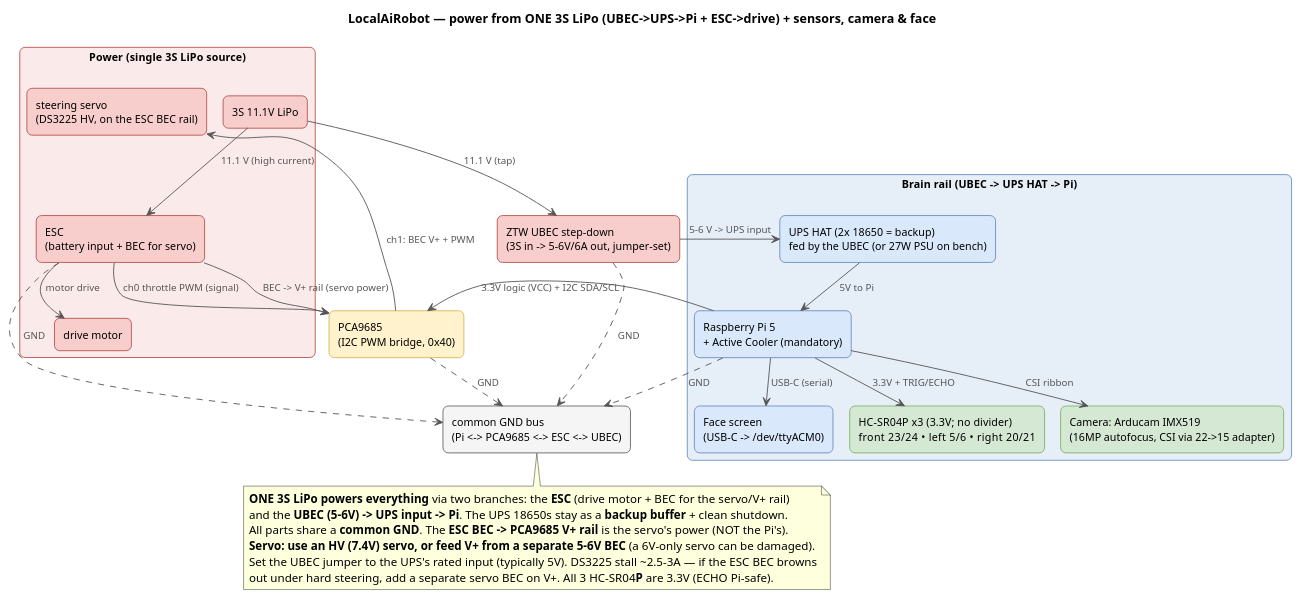
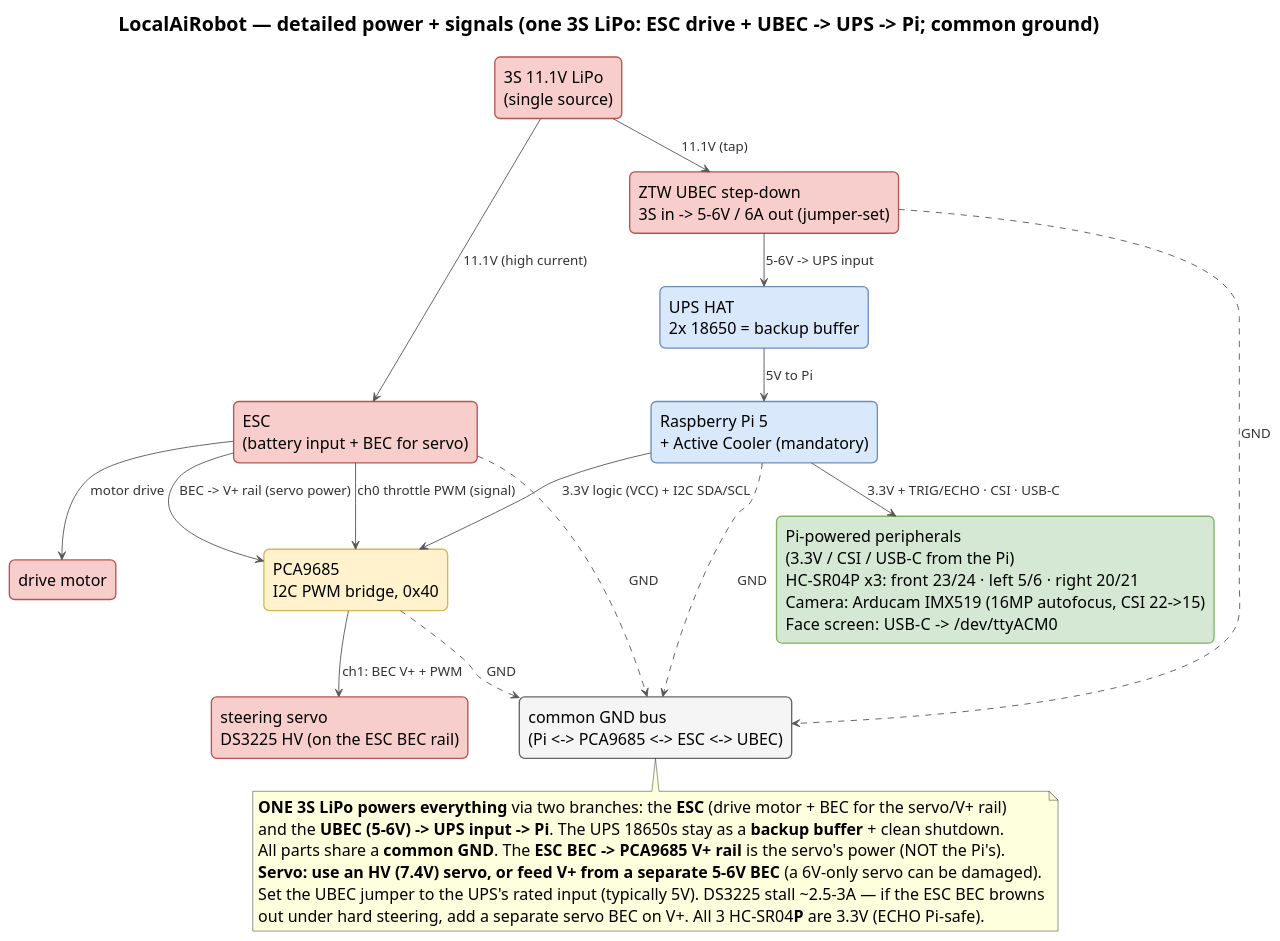
The diagram in docs/images/power-domains.puml (shen747/LocalAiRobot), drawn with PlantUML before and after one commit. The commit also changed 8 other files, not shown here.

Commit message:
update diagrams and fix explore json parser fix

```diff
--- a/docs/images/power-domains.puml
+++ b/docs/images/power-domains.puml
@@ -1,85 +1,71 @@
 @startuml power-domains
-' LocalAiRobot — DETAILED power + signal wiring (camera, face & 3-sensor array).
+' LocalAiRobot — DETAILED power + signal wiring, TOP-TO-BOTTOM (one 3S LiPo -> ESC + UBEC/UPS to the Pi).
 ' This source lives next to its render. Regenerate in place (writes power-domains.png here):
 '   plantuml -tpng docs/images/power-domains.puml
-' No Graphviz needed: !pragma layout smetana uses PlantUML's pure-Java layout engine.
-' ONE 3S LiPo now feeds everything: an ESC branch (drive + servo BEC) and a UBEC->UPS branch for the Pi.
+' No Graphviz needed: !pragma layout smetana. Vertical + larger fonts; Pi peripherals collapsed into one box.
 !pragma layout smetana
+top to bottom direction
 hide stereotype
-title LocalAiRobot — power from ONE 3S LiPo (UBEC->UPS->Pi + ESC->drive) + sensors, camera & face
+title LocalAiRobot — detailed power + signals (one 3S LiPo: ESC drive + UBEC -> UPS -> Pi; common ground)
 
 skinparam backgroundColor white
 skinparam shadowing false
 skinparam defaultFontName Helvetica
+skinparam defaultFontSize 18
+skinparam TitleFontSize 22
 skinparam ArrowColor #555555
-skinparam ArrowFontColor #555555
-skinparam ArrowFontSize 11
+skinparam ArrowFontColor #333333
+skinparam ArrowFontSize 15
 skinparam rectangle {
   RoundCorner 12
-  FontSize 12
-  BorderThickness 1
+  FontSize 18
+  BorderThickness 1.5
   BackgroundColor<<io>> #DAE8FC
   BorderColor<<io>> #6C8EBF
   BackgroundColor<<model>> #FFF2CC
   BorderColor<<model>> #D6B656
   BackgroundColor<<data>> #D5E8D4
   BorderColor<<data>> #82B366
   BackgroundColor<<motor>> #F8CECC
   BorderColor<<motor>> #B85450
   BackgroundColor<<store>> #F5F5F5
   BorderColor<<store>> #666666
-  BackgroundColor<<motordomain>> #FBEAEA
-  BorderColor<<motordomain>> #B85450
-  BackgroundColor<<braindomain>> #E6EEF8
-  BorderColor<<braindomain>> #6C8EBF
 }
 
-' ---- brain rail: Pi power + everything the Pi drives directly ----
-rectangle "Brain rail  (UBEC -> UPS HAT -> Pi)" as brainbox <<braindomain>> {
-  rectangle "UPS HAT (2x 18650 = backup)\nfed by the UBEC (or 27W PSU on bench)" as ups <<io>>
-  rectangle "Raspberry Pi 5\n+ Active Cooler (mandatory)" as pi <<io>>
-  rectangle "HC-SR04P x3  (3.3V; no divider)\nfront 23/24  •  left 5/6  •  right 20/21" as sonar <<data>>
-  rectangle "Camera: Arducam IMX519\n(16MP autofocus, CSI via 22->15 adapter)" as cam <<data>>
-  rectangle "Face screen\n(USB-C -> /dev/ttyACM0)" as face <<io>>
-}
-ups --> pi : 5V to Pi
-pi --> sonar : 3.3V + TRIG/ECHO
-pi --> cam : CSI ribbon
-pi --> face : USB-C (serial)
-
-' ---- ONE 3S LiPo source: a high-current ESC branch AND a UBEC step-down branch feeding the Pi ----
-rectangle "Power  (single 3S LiPo source)" as motorbox <<motordomain>> {
-  rectangle "3S 11.1V LiPo" as lipo <<motor>>
-  rectangle "ESC\n(battery input + BEC for servo)" as esc <<motor>>
-  rectangle "drive motor" as dmotor <<motor>>
-  rectangle "steering servo\n(DS3225 HV, on the ESC BEC rail)" as servo <<motor>>
-}
-rectangle "ZTW UBEC step-down\n(3S in -> 5-6V/6A out, jumper-set)" as ubec <<motor>>
-lipo --> esc  : 11.1 V (high current)
-lipo --> ubec : 11.1 V (tap)
-ubec --> ups  : 5-6 V -> UPS input
-esc --> dmotor : motor drive
-
-' ---- 3.3V logic/PWM signals + the servo's BEC rail + common GND ----
-rectangle "PCA9685\n(I2C PWM bridge, 0x40)" as pca <<model>>
+rectangle "3S 11.1V LiPo\n(single source)" as lipo <<motor>>
+rectangle "ESC\n(battery input + BEC for servo)" as esc <<motor>>
+rectangle "drive motor" as dmotor <<motor>>
+rectangle "ZTW UBEC step-down\n3S in -> 5-6V / 6A out (jumper-set)" as ubec <<motor>>
+rectangle "UPS HAT\n2x 18650 = backup buffer" as ups <<io>>
+rectangle "Raspberry Pi 5\n+ Active Cooler (mandatory)" as pi <<io>>
+rectangle "PCA9685\nI2C PWM bridge, 0x40" as pca <<model>>
+rectangle "steering servo\nDS3225 HV (on the ESC BEC rail)" as servo <<motor>>
+rectangle "Pi-powered peripherals\n(3.3V / CSI / USB-C from the Pi)\nHC-SR04P x3:  front 23/24 · left 5/6 · right 20/21\nCamera: Arducam IMX519 (16MP autofocus, CSI 22->15)\nFace screen:  USB-C -> /dev/ttyACM0" as periph <<data>>
 rectangle "common GND bus\n(Pi <-> PCA9685 <-> ESC <-> UBEC)" as gnd <<store>>
 
-pi  --> pca   : 3.3V logic (VCC) + I2C SDA/SCL
-esc --> pca   : ch0 throttle PWM (signal)
-esc --> pca   : BEC -> V+ rail (servo power)
-pca --> servo : ch1: BEC V+ + PWM
+' ---- power + signals, top -> bottom ----
+lipo --> esc  : 11.1V (high current)
+lipo --> ubec : 11.1V (tap)
+esc  --> dmotor : motor drive
+ubec --> ups  : 5-6V -> UPS input
+ups  --> pi   : 5V to Pi
+pi   --> pca  : 3.3V logic (VCC) + I2C SDA/SCL
+esc  --> pca  : ch0 throttle PWM (signal)
+esc  --> pca  : BEC -> V+ rail (servo power)
+pca  --> servo : ch1: BEC V+ + PWM
+pi   --> periph : 3.3V + TRIG/ECHO · CSI · USB-C
 
 esc  ..> gnd : GND
 pi   ..> gnd : GND
 pca  ..> gnd : GND
 ubec ..> gnd : GND
 
 note bottom of gnd
   **ONE 3S LiPo powers everything** via two branches: the **ESC** (drive motor + BEC for the servo/V+ rail)
   and the **UBEC (5-6V) -> UPS input -> Pi**. The UPS 18650s stay as a **backup buffer** + clean shutdown.
   All parts share a **common GND**. The **ESC BEC -> PCA9685 V+ rail** is the servo's power (NOT the Pi's).
   **Servo: use an HV (7.4V) servo, or feed V+ from a separate 5-6V BEC** (a 6V-only servo can be damaged).
   Set the UBEC jumper to the UPS's rated input (typically 5V). DS3225 stall ~2.5-3A — if the ESC BEC browns
   out under hard steering, add a separate servo BEC on V+. All 3 HC-SR04**P** are 3.3V (ECHO Pi-safe).
 end note
 @enduml
```
